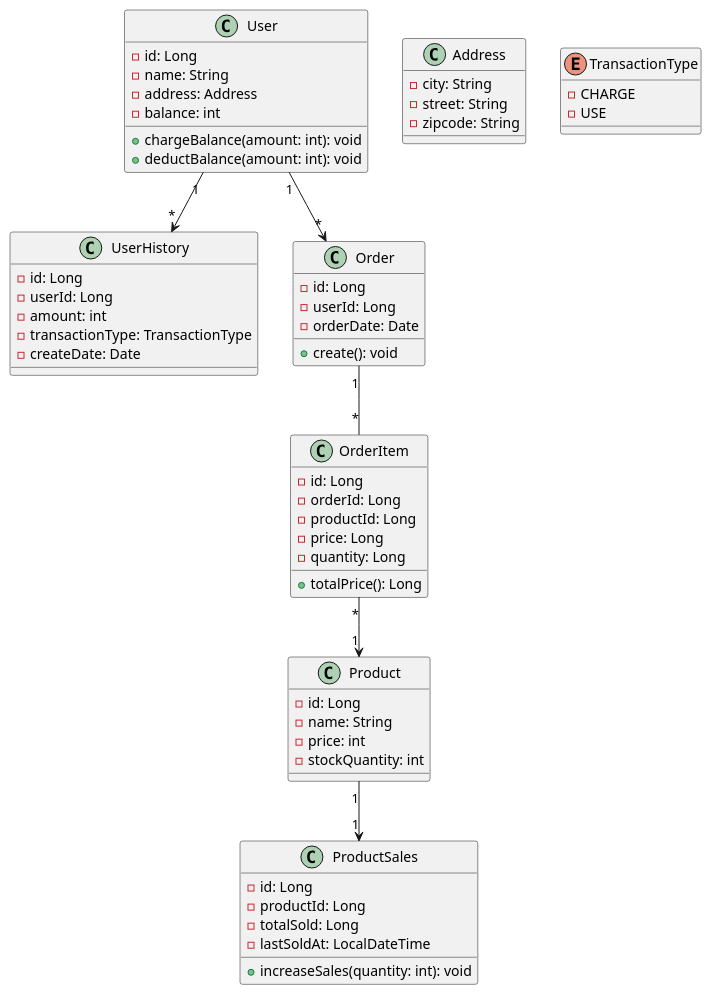
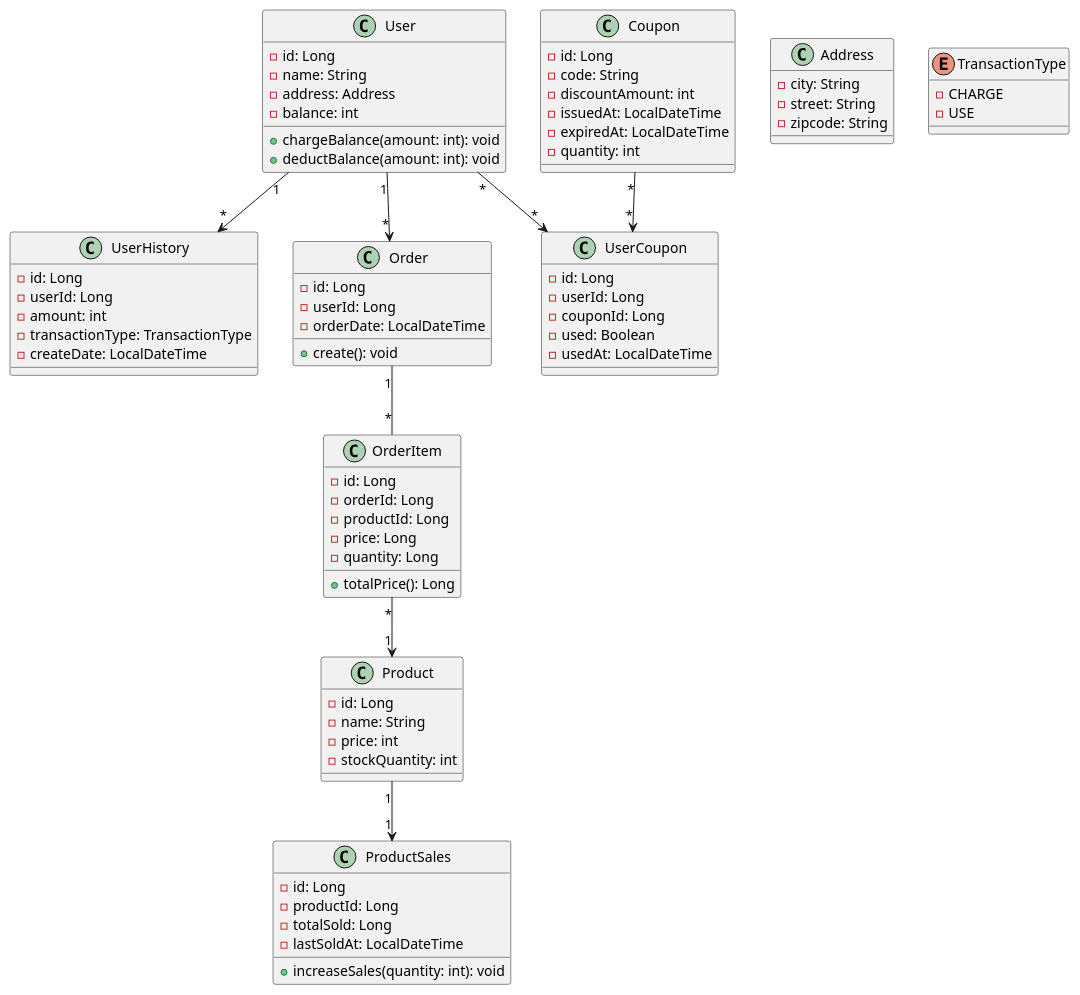
One commit to honge7694/hdd-server-java changed the diagram in docs/erd/erd.puml. Above: the diagram before and after it, drawn with PlantUML.

Commit message:
ERD 2차 커밋 - Coupon, UserCoupon 추가

```diff
--- a/docs/erd/erd.puml
+++ b/docs/erd/erd.puml
@@ -1,73 +1,92 @@
 @startuml
 
 class User {
     - id: Long
     - name: String
     - address: Address
     - balance: int
     + chargeBalance(amount: int): void
     + deductBalance(amount: int): void
 }
 
 class UserHistory {
     - id: Long
     - userId: Long
     - amount: int
     - transactionType: TransactionType
-    - createDate: Date
+    - createDate: LocalDateTime
 }
 
 class Address {
     - city: String
     - street: String
     - zipcode: String
 }
 
 enum TransactionType {
     - CHARGE
     - USE
 }
 
+class Coupon {
+    - id: Long
+    - code: String
+    - discountAmount: int
+    - issuedAt: LocalDateTime
+    - expiredAt: LocalDateTime
+    - quantity: int
+}
+
+class UserCoupon {
+    - id: Long
+    - userId: Long
+    - couponId: Long
+    - used: Boolean
+    - usedAt: LocalDateTime
+}
+
 class Order {
     - id: Long
     - userId: Long
-    - orderDate: Date
+    - orderDate: LocalDateTime
     + create(): void
 }
 
 class OrderItem {
     - id: Long
     - orderId: Long
     - productId: Long
     - price: Long
     - quantity: Long
     + totalPrice(): Long
 }
 
 class Product {
     - id: Long
     - name: String
     - price: int
     - stockQuantity: int
 '    - totalSold: int
 '    + increaseSoldCount(quantity: int): void
 }
 
 ' 판매량을 조회를 위해 분리
 class ProductSales {
     - id: Long
     - productId: Long
     - totalSold: Long
     - lastSoldAt: LocalDateTime
     + increaseSales(quantity: int): void
 }
 
 ' 관계 정의
 User "1" --> "*" UserHistory
+User "*" --> "*" UserCoupon
+Coupon "*" --> "*" UserCoupon
 User "1" --> "*" Order
 Order "1" -- "*" OrderItem
 OrderItem "*" --> "1" Product
 Product "1" --> "1" ProductSales
 
 
 @enduml
```
